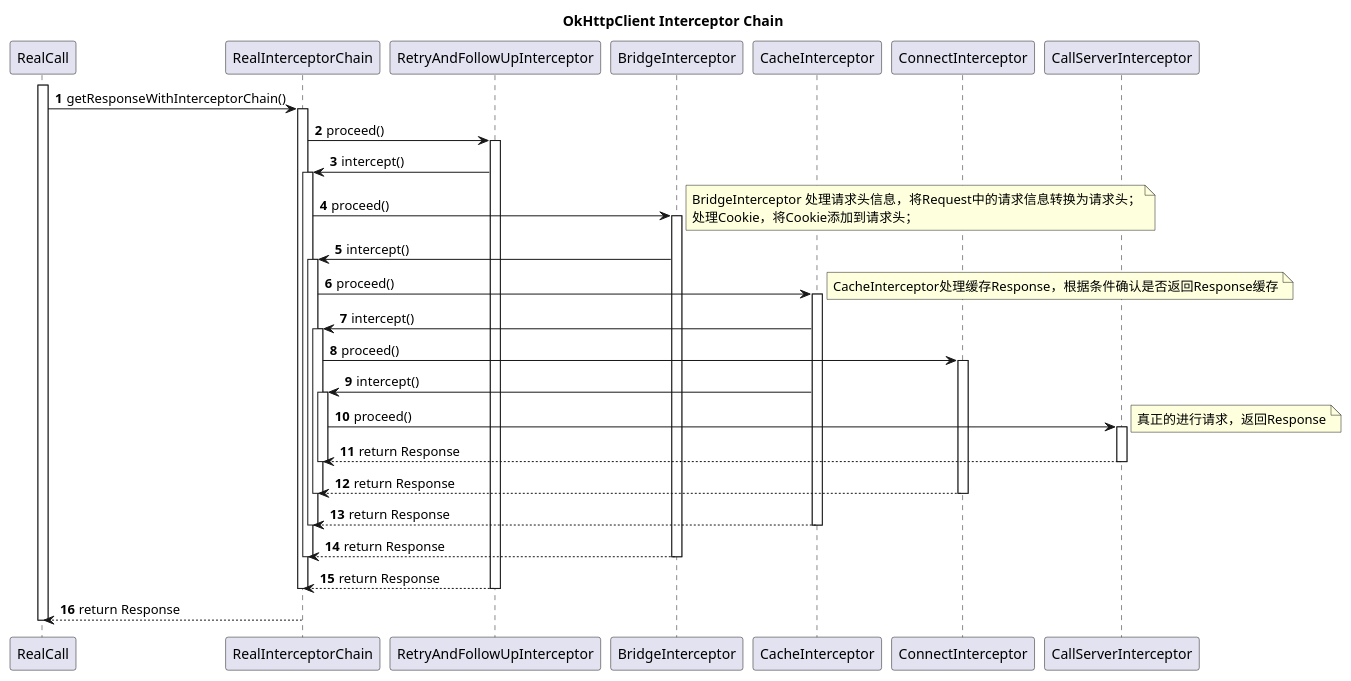
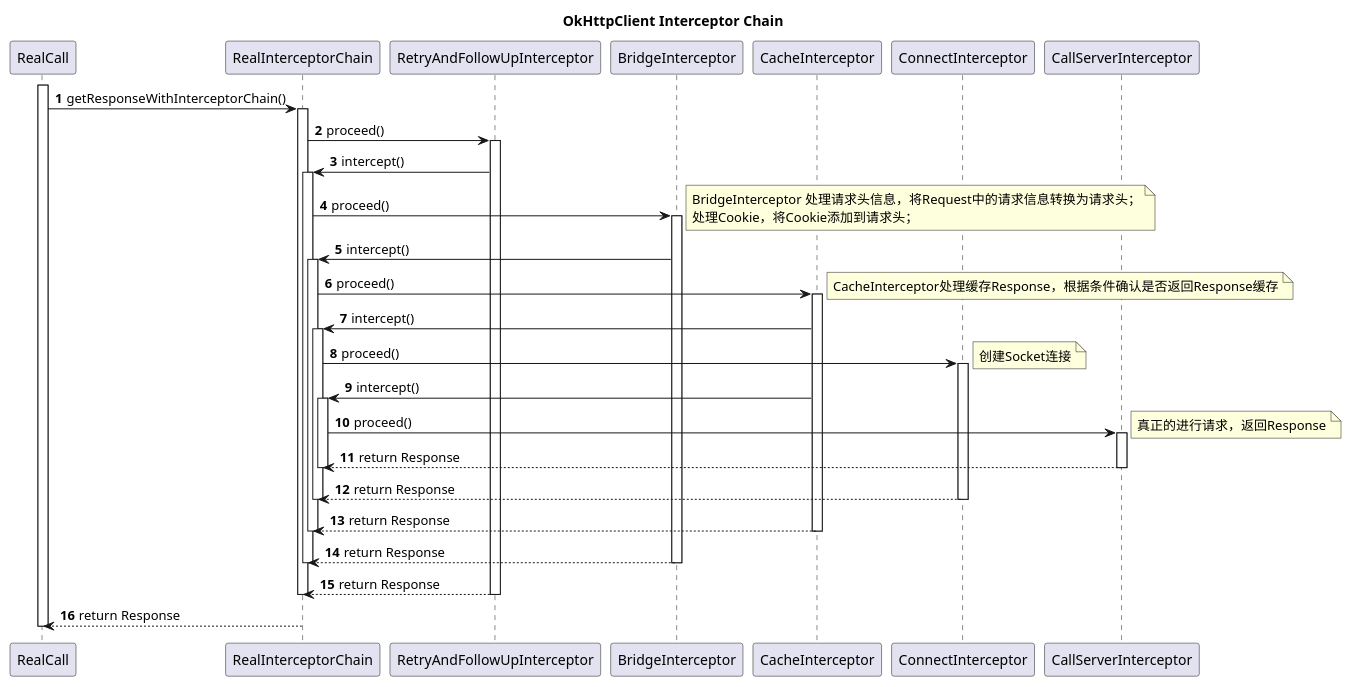
The diagram in InterceptorChain.puml (sai1025037768/Diagram), drawn with PlantUML before and after one commit. The commit also changed 1 other file, not shown here.

```diff
--- a/InterceptorChain.puml
+++ b/InterceptorChain.puml
@@ -1,63 +1,67 @@
 @startuml
 
 autonumber
 
 title OkHttpClient Interceptor Chain
 
 
 activate RealCall
 RealCall -> RealInterceptorChain: getResponseWithInterceptorChain()
 activate RealInterceptorChain
 
 RealInterceptorChain -> RetryAndFollowUpInterceptor: proceed()
 activate RetryAndFollowUpInterceptor
 
 RetryAndFollowUpInterceptor -> RealInterceptorChain: intercept()
 activate RealInterceptorChain
 RealInterceptorChain -> BridgeInterceptor: proceed()
 activate BridgeInterceptor
 note right
 	BridgeInterceptor 处理请求头信息，将Request中的请求信息转换为请求头；
 	处理Cookie，将Cookie添加到请求头；
 end note
 
 BridgeInterceptor -> RealInterceptorChain: intercept()
 activate RealInterceptorChain
 RealInterceptorChain -> CacheInterceptor: proceed()
 activate CacheInterceptor
 note right
 	CacheInterceptor处理缓存Response，根据条件确认是否返回Response缓存
 end note
 
 CacheInterceptor -> RealInterceptorChain: intercept()
 activate RealInterceptorChain
 RealInterceptorChain -> ConnectInterceptor: proceed()
 activate ConnectInterceptor
+note right
+	创建Socket连接
+end note
+
 CacheInterceptor -> RealInterceptorChain: intercept()
 activate RealInterceptorChain
 RealInterceptorChain -> CallServerInterceptor: proceed()
 activate CallServerInterceptor
 note right
 	真正的进行请求，返回Response
 end note
 
 CallServerInterceptor --> RealInterceptorChain: return Response
 deactivate CallServerInterceptor
 deactivate RealInterceptorChain
 
 ConnectInterceptor --> RealInterceptorChain: return Response
 deactivate ConnectInterceptor
 deactivate RealInterceptorChain
 CacheInterceptor --> RealInterceptorChain: return Response
 deactivate CacheInterceptor
 deactivate RealInterceptorChain
 BridgeInterceptor --> RealInterceptorChain: return Response
 deactivate BridgeInterceptor
 deactivate RealInterceptorChain
 RetryAndFollowUpInterceptor --> RealInterceptorChain: return Response
 deactivate RetryAndFollowUpInterceptor
 deactivate RealInterceptorChain
 
 RealInterceptorChain --> RealCall: return Response
 deactivate RealCall
 @enduml
```
